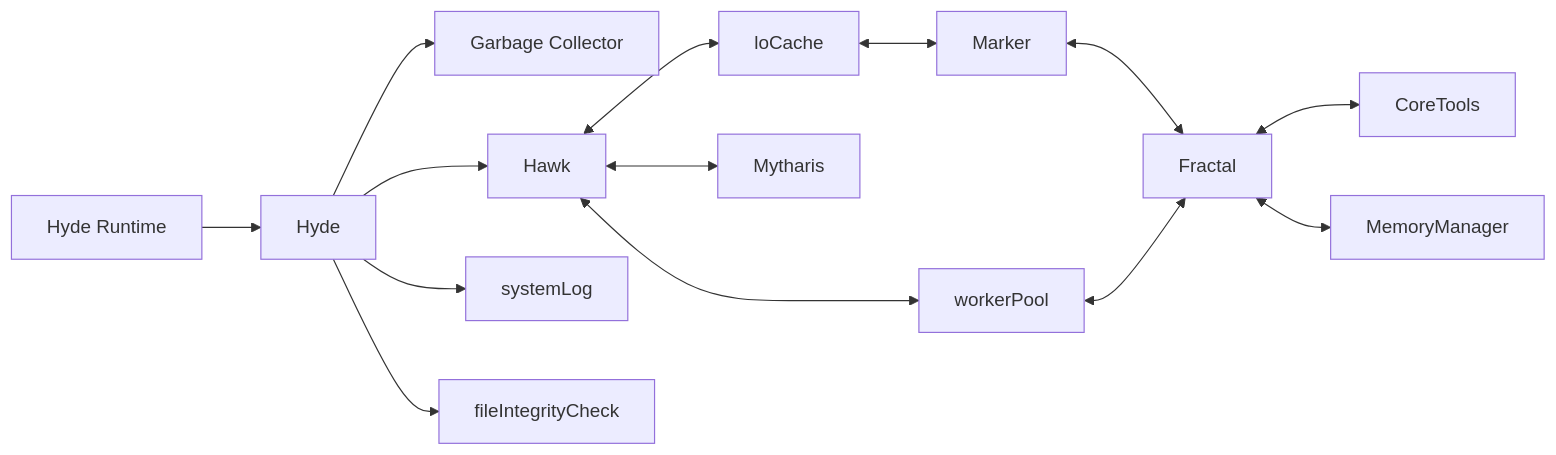
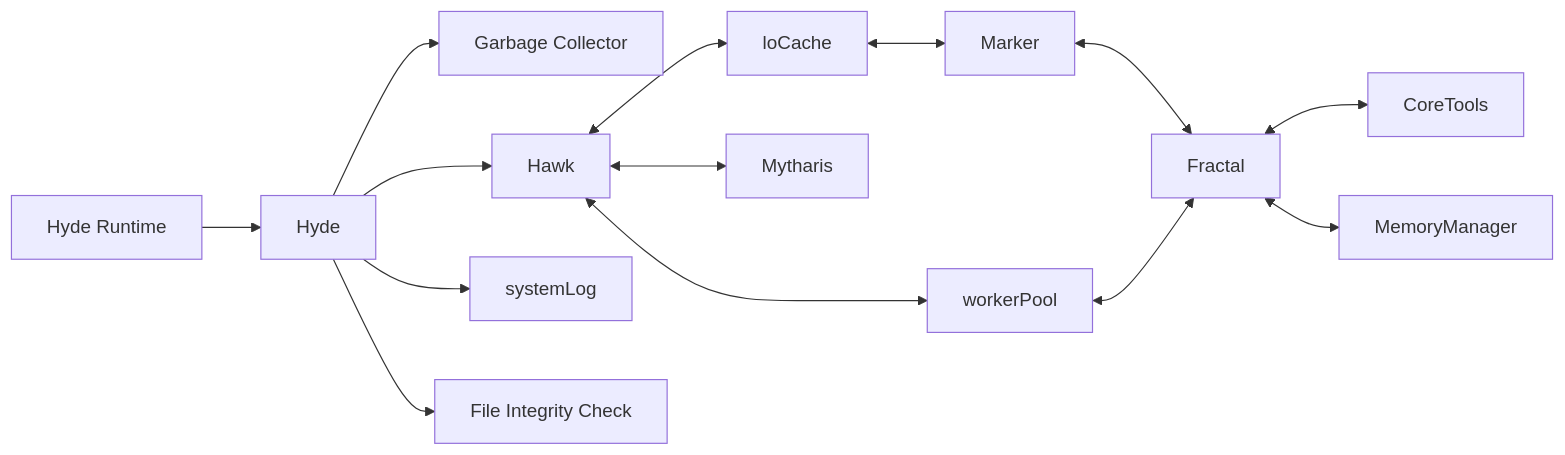
The diagram in README.md (skirexwastaken/Hyde), drawn with Mermaid before and after one commit. The commit also changed other lines of this file, not shown here.

````diff
--- a/README.md
+++ b/README.md
@@ -15,37 +15,37 @@
 ```mermaid
 graph LR
 
 A[Hyde]
 B[Garbage Collector]
 C[Hawk]
 D[loCache]
 E[Mytharis]
 F[workerPool]
 G[Fractal]
 H[Marker]
 I[systemLog]
 J[CoreTools]
 K[MemoryManager]
 L[Hyde Runtime]
-M[fileIntegrityCheck]
+M[File Integrity Check]
 
 L --> A
 
 A --> B
 A --> C
 A --> I
 A --> M
 
 C <--> D
 C <--> E
 C <--> F
 
 D <--> H
 
 H <--> G
 
 F <--> G
 
 G <--> J
 G <-->  K
 ```
````
